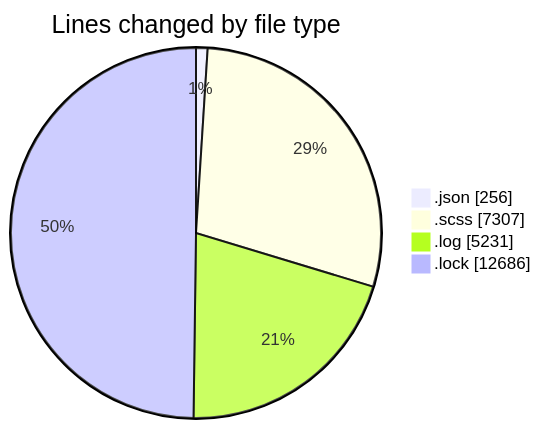
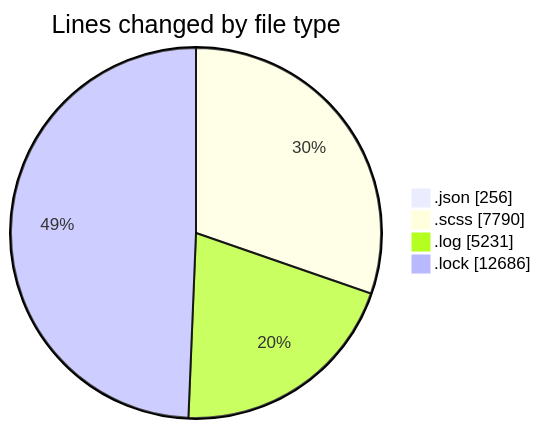
One commit to momahboobian/code-tracking changed the first of 2 diagrams in 2026-01-22/cda/README.md. Above: the diagram before and after it, drawn with Mermaid. The commit also changed other lines of this file and 1 other file, not shown here.

````diff
--- a/2026-01-22/cda/README.md
+++ b/2026-01-22/cda/README.md
@@ -80,8 +81,8 @@
 ```mermaid
 pie showData
 title Lines changed by file type
 ".json" : 256
-".scss" : 7307
+".scss" : 7790
 ".log" : 5231
 ".lock" : 12686
 ```
````
